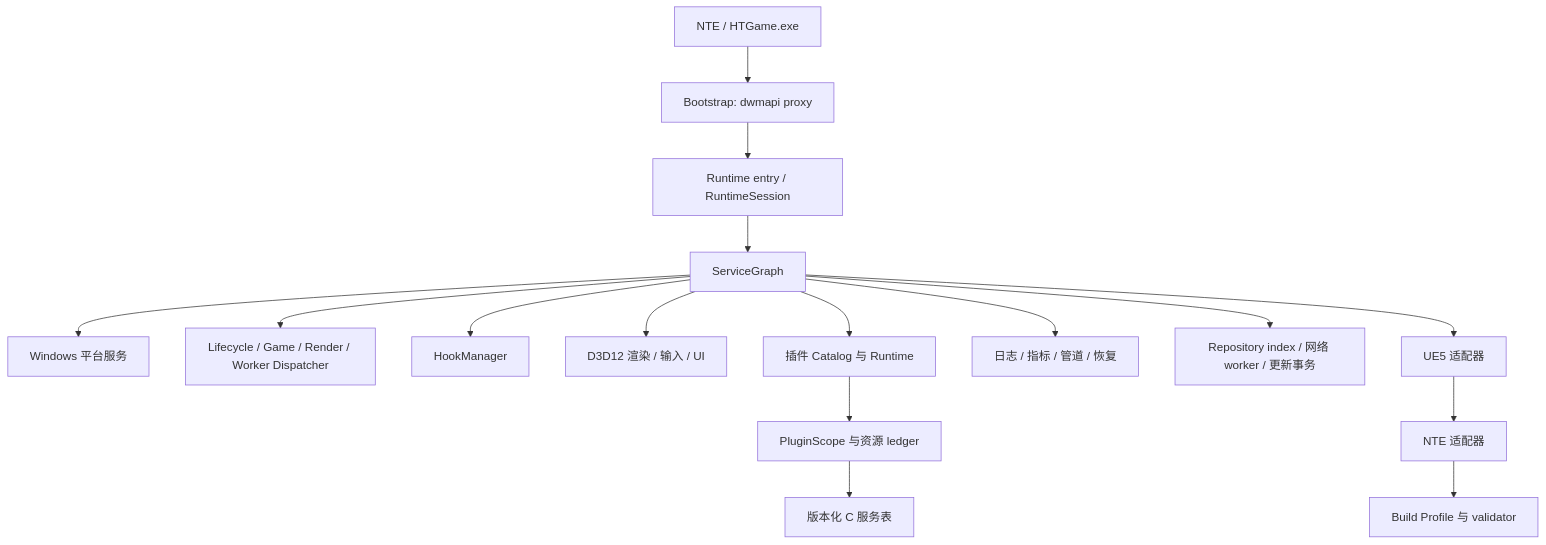
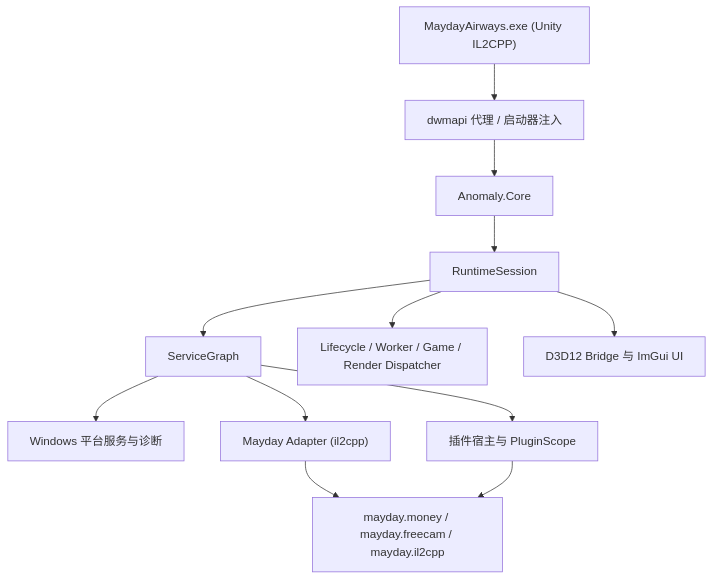
The diagram in docs/developer-guide/architecture.md (xiaotian2333/Mayday-Airways-Anomaly), drawn with Mermaid before and after one commit. The commit also changed other lines of this file and 56 other files, not shown here.

Commit message:
docs: 移除 NTE 文档并重写 Mayday 指南

````diff
--- a/docs/developer-guide/architecture.md
+++ b/docs/developer-guide/architecture.md
@@ -16,18 +5,14 @@
 ```mermaid
 flowchart TD
-    Game["NTE / HTGame.exe"] --> Bootstrap["Bootstrap: dwmapi proxy"]
-    Bootstrap --> Runtime["Runtime entry / RuntimeSession"]
-    Runtime --> Graph["ServiceGraph"]
-    Graph --> Platform["Windows 平台服务"]
-    Graph --> Dispatch["Lifecycle / Game / Render / Worker Dispatcher"]
-    Graph --> Hook["HookManager"]
-    Graph --> Render["D3D12 渲染 / 输入 / UI"]
-    Graph --> PluginHost["插件 Catalog 与 Runtime"]
-    Graph --> Diagnostics["日志 / 指标 / 管道 / 恢复"]
-    Graph --> Repository["Repository index / 网络 worker / 更新事务"]
-    Graph --> UE5["UE5 适配器"]
-    UE5 --> NTE["NTE 适配器"]
-    NTE --> Profiles["Build Profile 与 validator"]
-    PluginHost --> Scope["PluginScope 与资源 ledger"]
-    Scope --> SDK["版本化 C 服务表"]
+    Game["MaydayAirways.exe (Unity IL2CPP)"] --> Bootstrap["dwmapi 代理 / 启动器注入"]
+    Bootstrap --> Core["Anomaly.Core"]
+    Core --> Session["RuntimeSession"]
+    Session --> Graph["ServiceGraph"]
+    Session --> Dispatch["Lifecycle / Worker / Game / Render Dispatcher"]
+    Graph --> Platform["Windows 平台服务与诊断"]
+    Graph --> Plugins["插件宿主与 PluginScope"]
+    Graph --> Adapter["Mayday Adapter (il2cpp)"]
+    Session --> Render["D3D12 Bridge 与 ImGui UI"]
+    Adapter --> Services["mayday.money / mayday.freecam / mayday.il2cpp"]
+    Plugins --> Services
 ```
````
